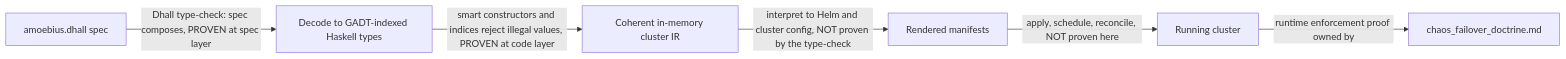
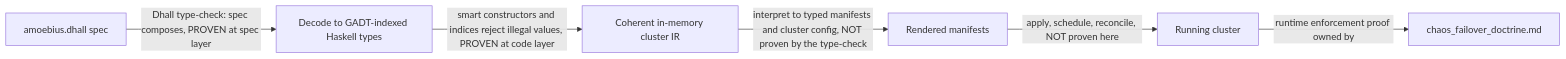
Before and after one commit to Tuee22/amoebius: the diagram in documents/engineering/illegal_state_catalog.md, drawn with Mermaid. The commit also changed other lines of this file and 34 other files, not shown here.

````diff
--- a/documents/engineering/illegal_state_catalog.md
+++ b/documents/engineering/illegal_state_catalog.md
@@ -74,8 +74,8 @@
 ```mermaid
 flowchart LR
   spec[amoebius.dhall spec] -->|Dhall type-check: spec composes, PROVEN at spec layer| decode[Decode to GADT-indexed Haskell types]
   decode -->|smart constructors and indices reject illegal values, PROVEN at code layer| ir[Coherent in-memory cluster IR]
-  ir -->|interpret to Helm and cluster config, NOT proven by the type-check| render[Rendered manifests]
+  ir -->|interpret to typed manifests and cluster config, NOT proven by the type-check| render[Rendered manifests]
   render -->|apply, schedule, reconcile, NOT proven here| live[Running cluster]
   live -->|runtime enforcement proof owned by| chaos[chaos_failover_doctrine.md]
 ```
````
